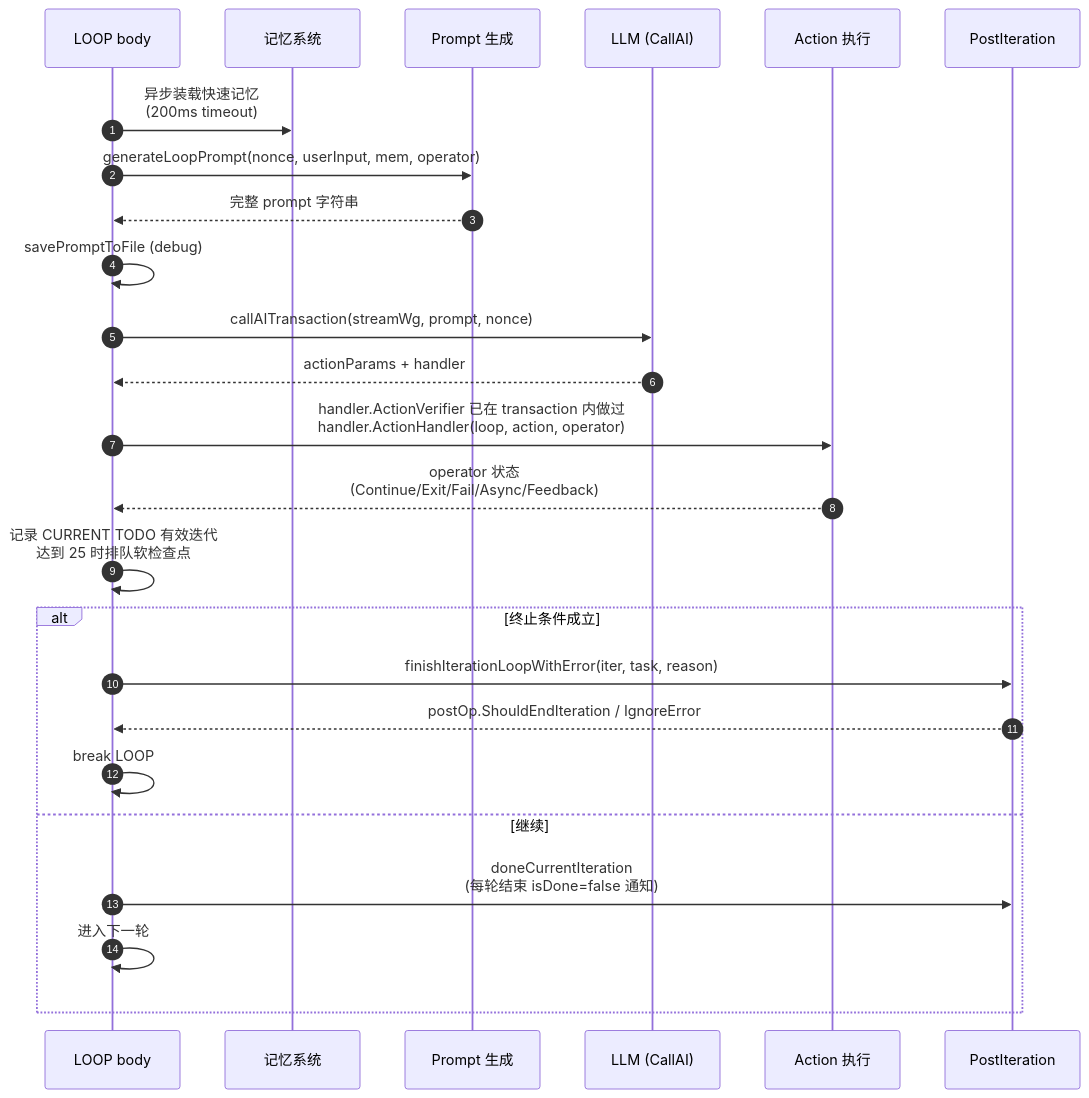
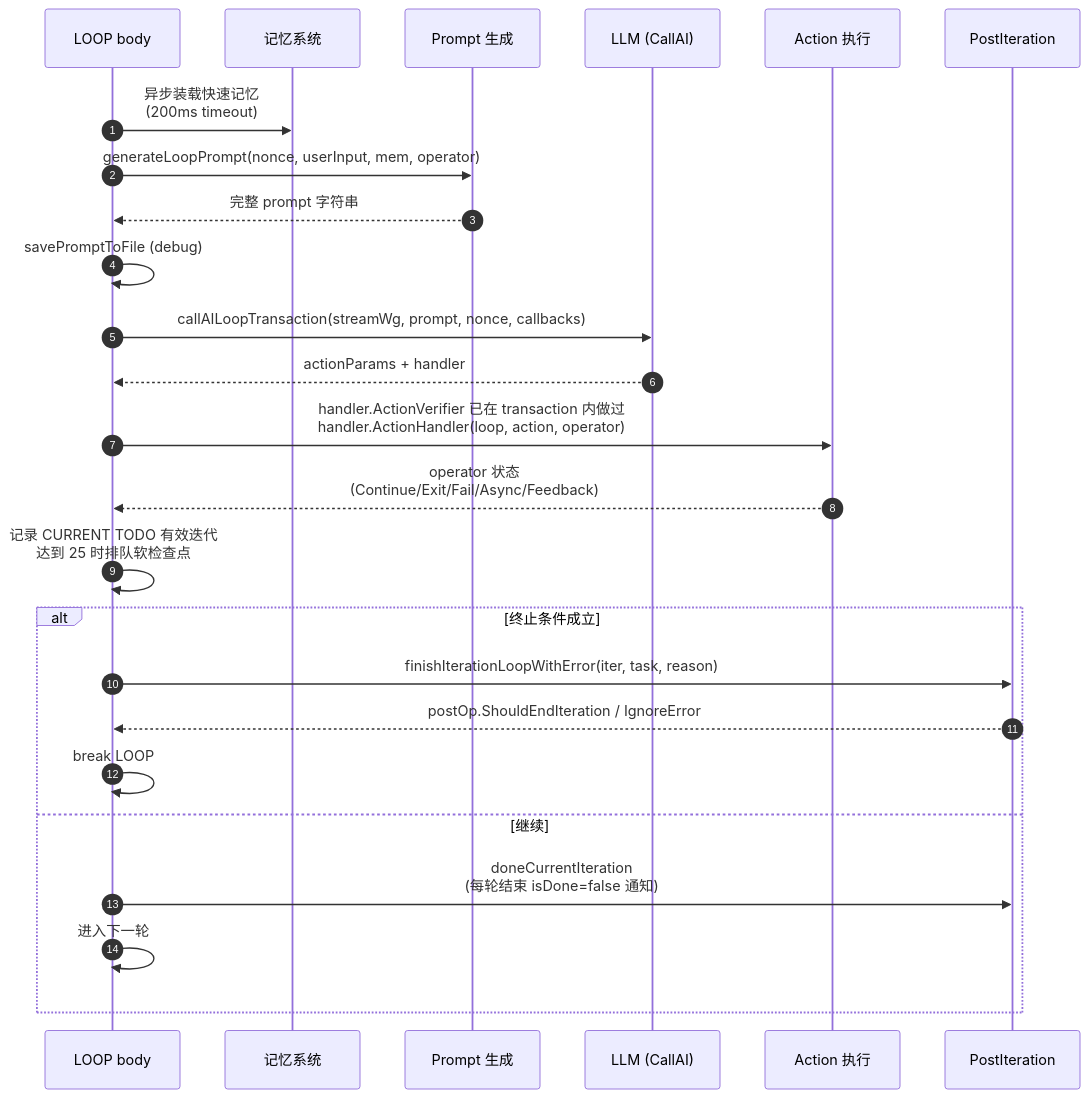
The second of 4 diagrams in common/ai/aid/aireact/reactloops/docs/01-architecture.md (yaklang/yaklang), drawn with Mermaid before and after one commit. The commit also changed 25 other files, not shown here.

````diff
--- a/common/ai/aid/aireact/reactloops/docs/01-architecture.md
+++ b/common/ai/aid/aireact/reactloops/docs/01-architecture.md
@@ -167,28 +167,28 @@
 ```mermaid
 sequenceDiagram
     autonumber
     participant Main as LOOP body
     participant Mem as 记忆系统
     participant Prompt as Prompt 生成
     participant LLM as LLM (CallAI)
     participant Action as Action 执行
     participant Hook as PostIteration
 
     Main->>Mem: 异步装载快速记忆<br/>(200ms timeout)
     Main->>Prompt: generateLoopPrompt(nonce, userInput, mem, operator)
     Prompt-->>Main: 完整 prompt 字符串
     Main->>Main: savePromptToFile (debug)
-    Main->>LLM: callAITransaction(streamWg, prompt, nonce)
+    Main->>LLM: callAILoopTransaction(streamWg, prompt, nonce, callbacks)
     LLM-->>Main: actionParams + handler
     Main->>Action: handler.ActionVerifier 已在 transaction 内做过<br/>handler.ActionHandler(loop, action, operator)
     Action-->>Main: operator 状态<br/>(Continue/Exit/Fail/Async/Feedback)
     Main->>Main: 记录 CURRENT TODO 有效迭代<br/>达到 25 时排队软检查点
     alt 终止条件成立
         Main->>Hook: finishIterationLoopWithError(iter, task, reason)
         Hook-->>Main: postOp.ShouldEndIteration / IgnoreError
         Main->>Main: break LOOP
     else 继续
         Main->>Hook: doneCurrentIteration<br/>(每轮结束 isDone=false 通知)
         Main->>Main: 进入下一轮
     end
 ```
````
